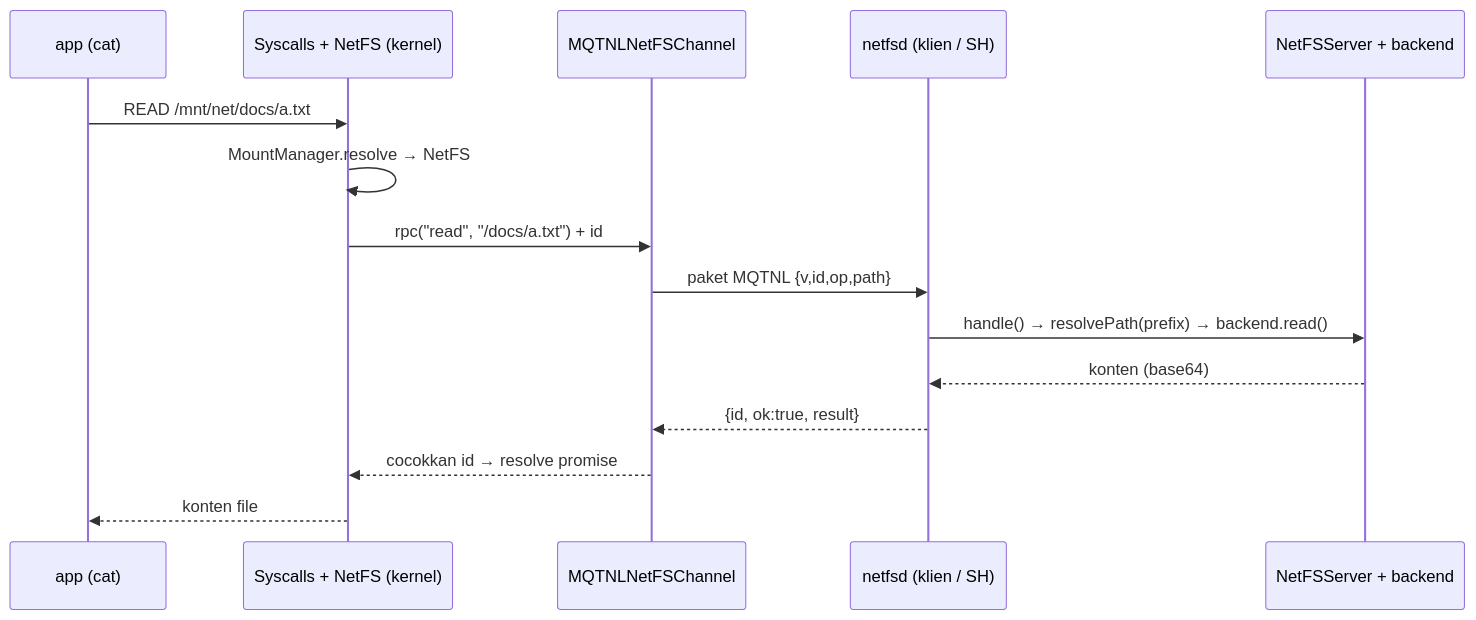
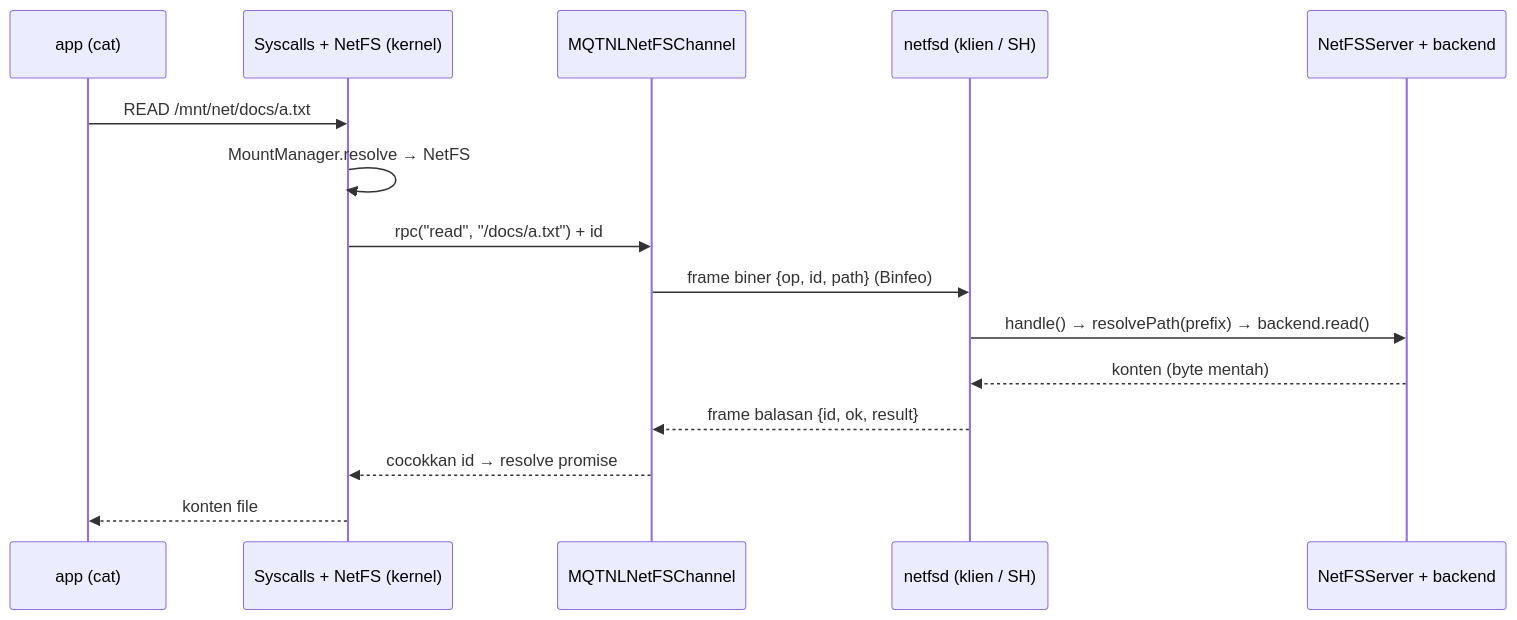
Before and after one commit to codeforged/tsix: the second of 2 diagrams in wiki/netfs.md, drawn with Mermaid. The commit also changed other lines of this file and 14 other files, not shown here.

````diff
--- a/wiki/netfs.md
+++ b/wiki/netfs.md
@@ -67,18 +68,18 @@
 ```mermaid
 sequenceDiagram
     participant App as app (cat)
     participant K as Syscalls + NetFS (kernel)
     participant C as MQTNLNetFSChannel
     participant D as netfsd (klien / SH)
     participant B as NetFSServer + backend
 
     App->>K: READ /mnt/net/docs/a.txt
     K->>K: MountManager.resolve → NetFS
     K->>C: rpc("read", "/docs/a.txt") + id
-    C->>D: paket MQTNL {v,id,op,path}
+    C->>D: frame biner {op, id, path} (Binfeo)
     D->>B: handle() → resolvePath(prefix) → backend.read()
-    B-->>D: konten (base64)
-    D-->>C: {id, ok:true, result}
+    B-->>D: konten (byte mentah)
+    D-->>C: frame balasan {id, ok, result}
     C-->>K: cocokkan id → resolve promise
     K-->>App: konten file
 ```
````
